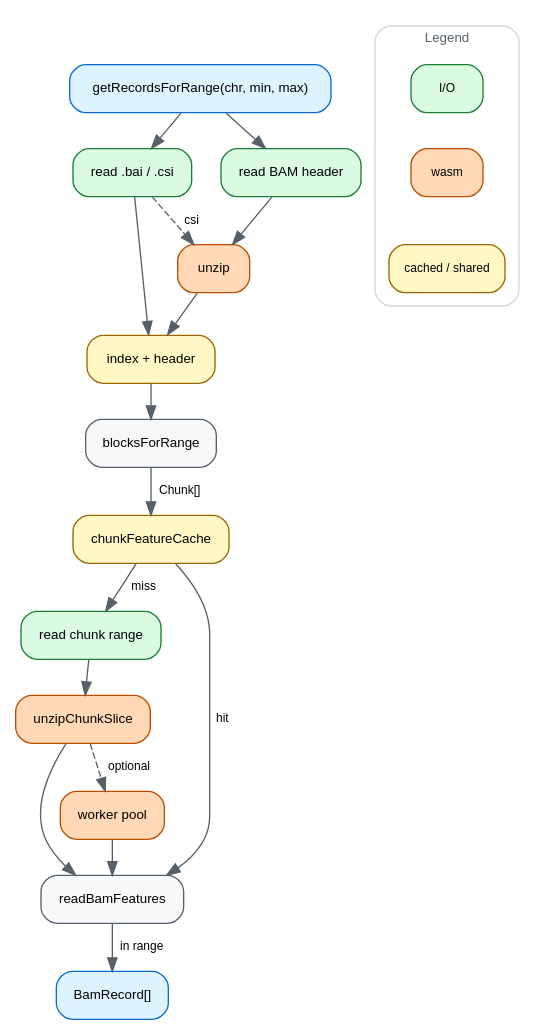
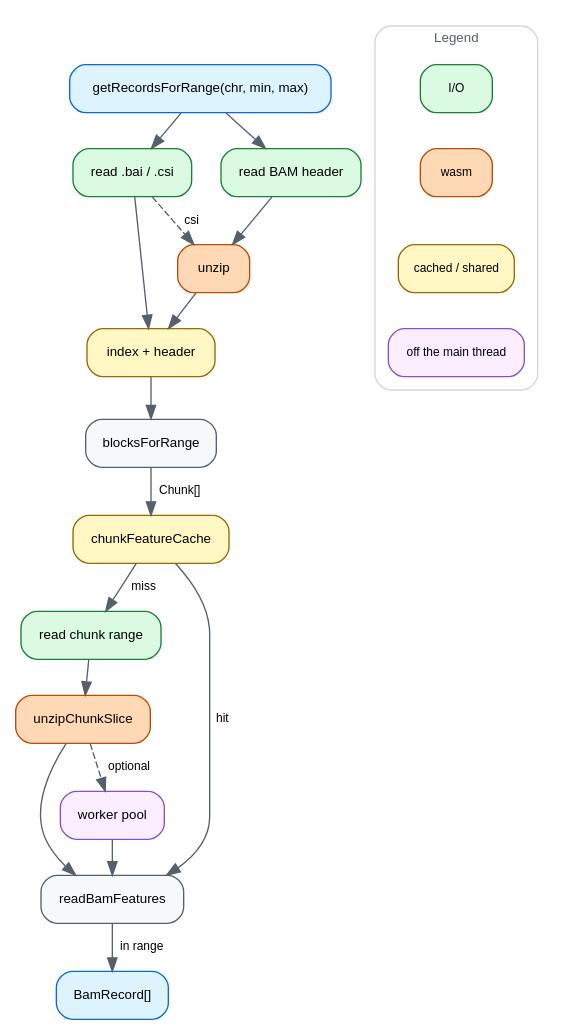
One commit to GMOD/bam-js changed the diagram in docs/img/dataflow.dot. Above: the diagram before and after it, drawn with Graphviz. The commit also changed 2 other files, not shown here.

Commit message:
docs: give the worker pool its own legend color, and describe it
The pool node was drawn in the wasm orange, which said 'this is wasm' where
the point is 'this is off the main thread' — and dataflow.md never mentioned
the pool its own diagram draws. Purple now carries that across bam, tabix and
cram.

Claude-Session: https://claude.ai/code/session_01Ps2aczNGhU1pZ6ap53qXUd

```diff
--- a/docs/img/dataflow.dot
+++ b/docs/img/dataflow.dot
@@ -1,64 +1,67 @@
 // Source for docs/img/dataflow.svg, which docs/dataflow.md embeds.
 // Regenerate with: dot -Tsvg docs/img/dataflow.dot -o docs/img/dataflow.svg
 //
 // Deliberately the MAIN PATH only — htsget, viewAsPairs mate lookups, the
 // reference-sequence pass and the early stop are described in dataflow.md
 // instead. A diagram that shows every branch stops being the thing you look at
 // first.
 //
 // SYNC: ~/src/gmod/tabix-js/docs/img/dataflow.dot — same palette, legend and
-// spine.
+// spine. ~/src/gmod/cram-js/docs/img/dataflow.dot shares them too, and draws
+// its pool as a cluster rather than a node because there the unit that moves
+// is a whole slice, not just the decompression.
 digraph bamjs {
   rankdir=TB
   bgcolor="white"
   nodesep=0.3
   ranksep=0.36
   node [shape=box style="filled,rounded" fillcolor="#f6f8fa" color="#57606a"
         fontname="Helvetica" fontsize=10 margin="0.14,0.07"]
   edge [color="#57606a" fontname="Helvetica" fontsize=9]
 
   query   [label="getRecordsForRange(chr, min, max)" fillcolor="#ddf4ff" color="#0969da"]
   readidx [label="read .bai / .csi" fillcolor="#dafbe1" color="#1a7f37"]
   readhdr [label="read BAM header" fillcolor="#dafbe1" color="#1a7f37"]
   unzip   [label="unzip" fillcolor="#ffd8b5" color="#bc4c00"]
   index   [label="index + header" fillcolor="#fff8c5" color="#9a6700"]
   blocks  [label="blocksForRange"]
   cache   [label="chunkFeatureCache" fillcolor="#fff8c5" color="#9a6700"]
   readchk [label="read chunk range" fillcolor="#dafbe1" color="#1a7f37"]
   slice   [label="unzipChunkSlice" fillcolor="#ffd8b5" color="#bc4c00"]
-  pool    [label="worker pool" fillcolor="#ffd8b5" color="#bc4c00"]
+  pool    [label="worker pool" fillcolor="#fbefff" color="#8250df"]
   feats   [label="readBamFeatures"]
   out     [label="BamRecord[]" fillcolor="#ddf4ff" color="#0969da"]
 
   query -> readidx
   readidx -> index
   readidx -> unzip [style=dashed label=" csi "]
   query -> readhdr
   readhdr -> unzip
   unzip -> index
   index -> blocks
   blocks -> cache [label=" Chunk[] "]
   cache -> readchk [label=" miss "]
   readchk -> slice
   slice -> pool [style=dashed label=" optional "]
   slice -> feats
   pool -> feats
   cache -> feats [label=" hit "]
   feats -> out [label=" in range "]
 
   subgraph cluster_legend {
     label="Legend"
     labelloc="t"
     fontname="Helvetica"
     fontsize=10
     fontcolor="#57606a"
     color="#d0d7de"
     style="rounded"
     margin=10
     node [shape=box style="filled,rounded" fontsize=9 margin="0.1,0.04"]
     l1 [label="I/O" fillcolor="#dafbe1" color="#1a7f37"]
     l2 [label="wasm" fillcolor="#ffd8b5" color="#bc4c00"]
     l3 [label="cached / shared" fillcolor="#fff8c5" color="#9a6700"]
-    l1 -> l2 -> l3 [style=invis]
+    l4 [label="off the main thread" fillcolor="#fbefff" color="#8250df"]
+    l1 -> l2 -> l3 -> l4 [style=invis]
   }
 }
```
